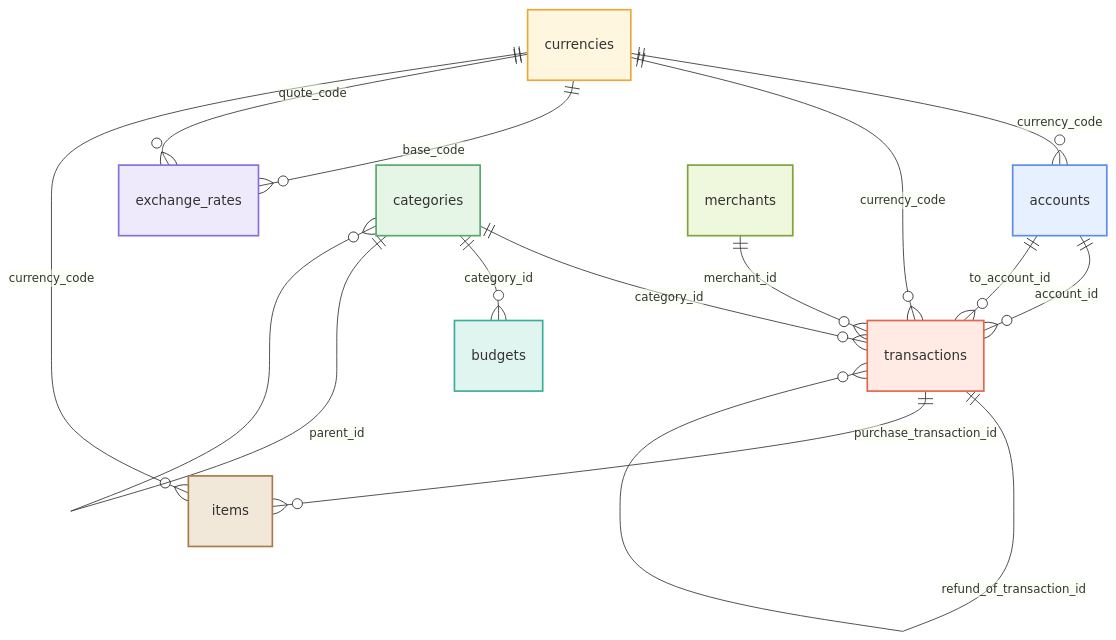
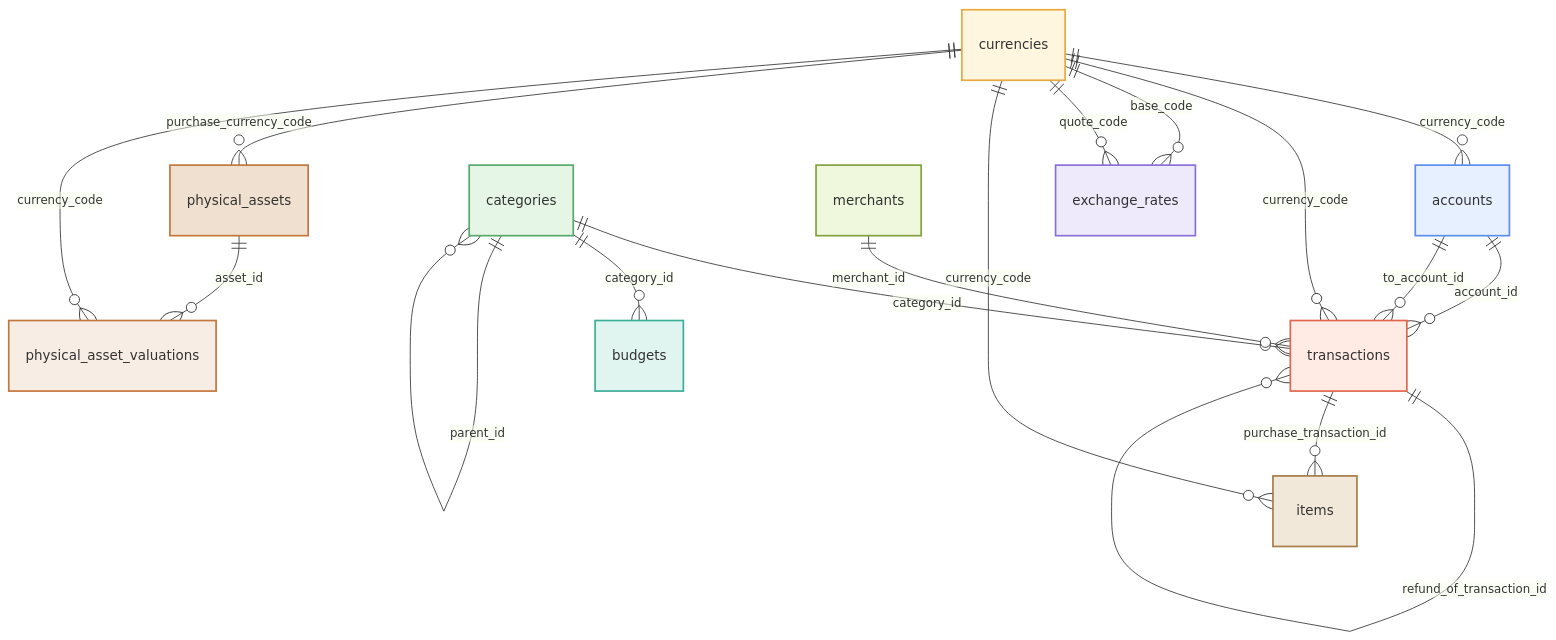
Before and after one commit to asiazhang/ledger: the first of 3 diagrams in docs/model/README.md, drawn with Mermaid. The commit also changed other lines of this file and 37 other files, not shown here.

First line of the commit message:
feat(physical-asset): 实物资产 T1——建档与列表（域 / IPC / 视图 / BDD 全链打穿）（#466） (#476)

````diff
--- a/docs/model/README.md
+++ b/docs/model/README.md
@@ -33,25 +33,30 @@
 ```mermaid
 erDiagram
     currencies ||--o{ accounts : "currency_code"
     currencies ||--o{ transactions : "currency_code"
     currencies ||--o{ exchange_rates : "base_code"
     currencies ||--o{ exchange_rates : "quote_code"
     currencies ||--o{ items : "currency_code"
     accounts ||--o{ transactions : "account_id"
     accounts ||--o{ transactions : "to_account_id"
     categories ||--o{ transactions : "category_id"
     categories ||--o{ budgets : "category_id"
     categories ||--o{ categories : "parent_id"
     transactions ||--o{ transactions : "refund_of_transaction_id"
     merchants ||--o{ transactions : "merchant_id"
     transactions ||--o{ items : "purchase_transaction_id"
+    physical_assets ||--o{ physical_asset_valuations : "asset_id"
+    currencies ||--o{ physical_assets : "purchase_currency_code"
+    currencies ||--o{ physical_asset_valuations : "currency_code"
 
     style currencies fill:#FFF6E0,stroke:#E8A83C,stroke-width:2px
     style accounts fill:#E7F0FF,stroke:#5B8DEF,stroke-width:2px
     style categories fill:#E6F6E6,stroke:#57A96B,stroke-width:2px
     style merchants fill:#EFF7DC,stroke:#7FA23C,stroke-width:2px
     style items fill:#F2E8DA,stroke:#A67C48,stroke-width:2px
+    style physical_assets fill:#F0E0D0,stroke:#C4763C,stroke-width:2px
+    style physical_asset_valuations fill:#F7EDE4,stroke:#C4763C,stroke-width:2px
     style transactions fill:#FFEAE4,stroke:#E2654D,stroke-width:2px
     style budgets fill:#E0F5F0,stroke:#3CAE98,stroke-width:2px
     style exchange_rates fill:#EFEAFB,stroke:#8A6FD8,stroke-width:2px
 ```
````
